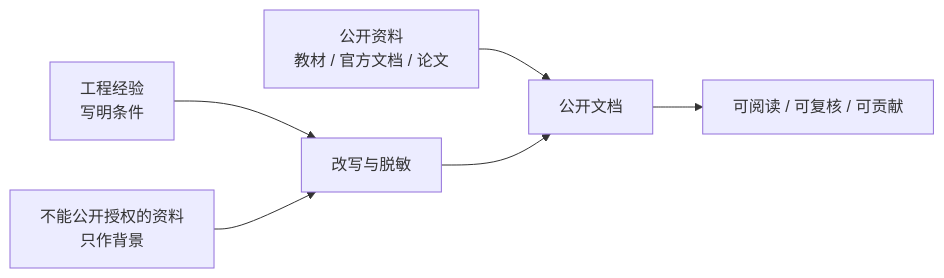
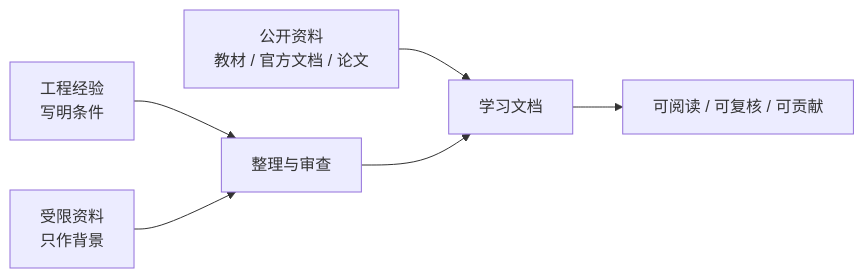
Before and after one commit to onebulletkick/suspension_opensource: the diagram in docs/references.md, drawn with Mermaid. The commit also changed other lines of this file and 40 other files, not shown here.

````diff
--- a/docs/references.md
+++ b/docs/references.md
@@ -18,8 +18,8 @@
 ```mermaid
 flowchart LR
-  A["公开资料<br>教材 / 官方文档 / 论文"] --> D["公开文档"]
-  B["工程经验<br>写明条件"] --> C["改写与脱敏"]
-  E["不能公开授权的资料<br>只作背景"] --> C
+  A["公开资料<br>教材 / 官方文档 / 论文"] --> D["学习文档"]
+  B["工程经验<br>写明条件"] --> C["整理与审查"]
+  E["受限资料<br>只作背景"] --> C
   C --> D
   D --> F["可阅读 / 可复核 / 可贡献"]
 ```
````
